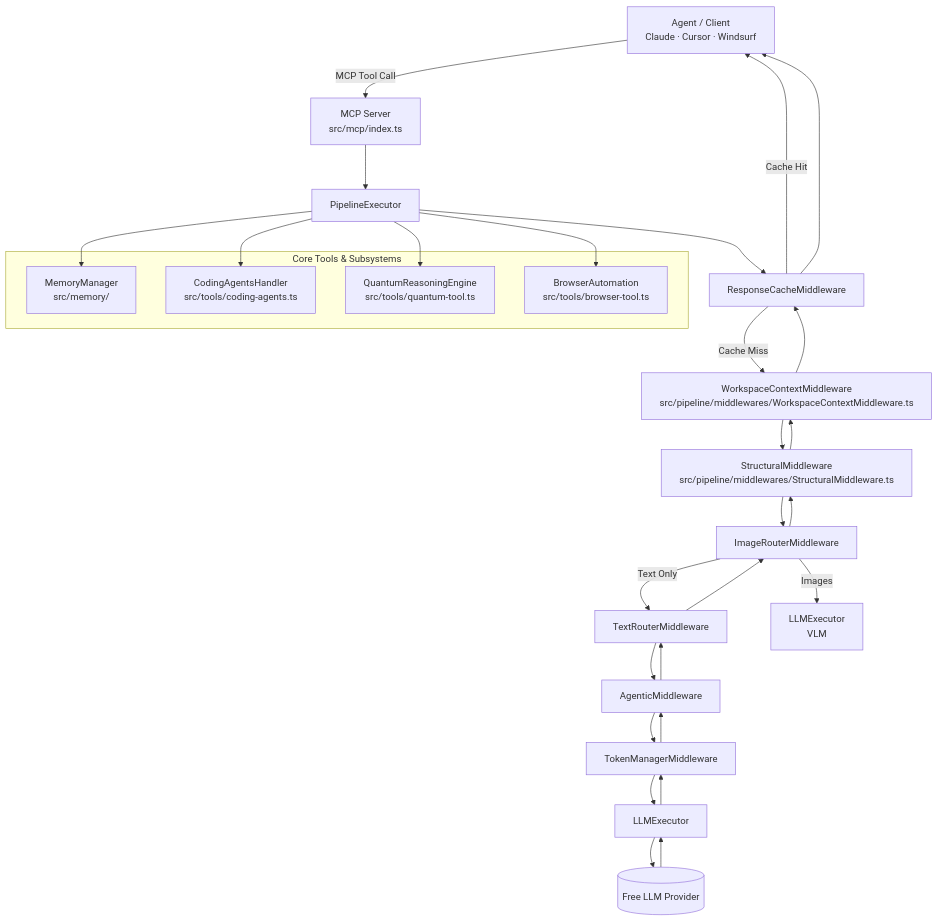
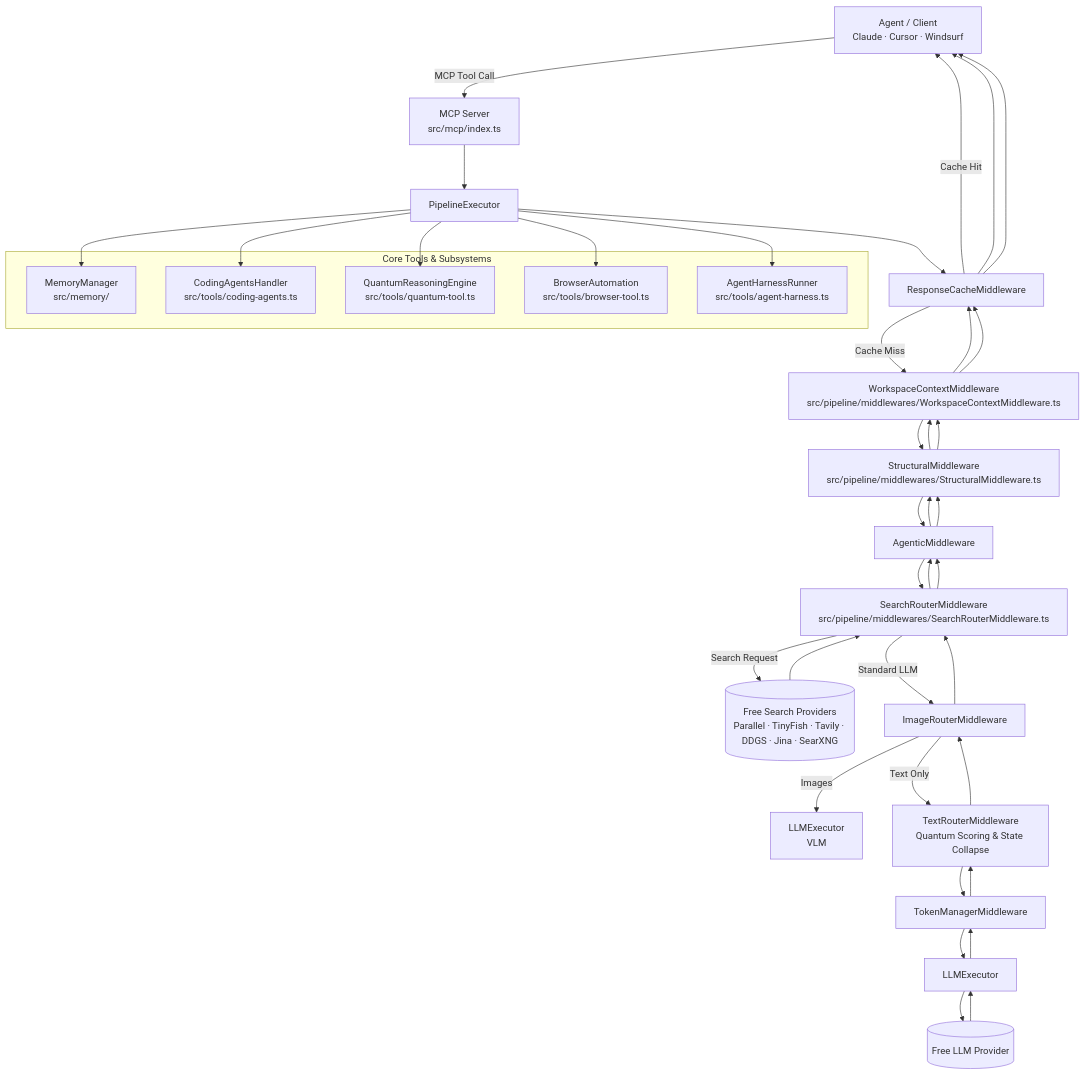
One commit to djmahe4/awesome-free-llm-apis changed the diagram in mcp-server/README.md. Above: the diagram before and after it, drawn with Mermaid. The commit also changed other lines of this file and 7 other files, not shown here.

Commit message:
docs(architecture,precommit): update pipeline diagrams, sync references, and enforce doc checks in precommit

````diff
--- a/mcp-server/README.md
+++ b/mcp-server/README.md
@@ -9,31 +9,36 @@
 ```mermaid
 graph TD
     A[Agent / Client<br/>Claude · Cursor · Windsurf] -->|MCP Tool Call| B[MCP Server<br/>src/mcp/index.ts]
     B --> C[PipelineExecutor]
     
     subgraph "Core Tools & Subsystems"
         J[MemoryManager<br/>src/memory/]
         K[CodingAgentsHandler<br/>src/tools/coding-agents.ts]
         Q[QuantumReasoningEngine<br/>src/tools/quantum-tool.ts]
         BR[BrowserAutomation<br/>src/tools/browser-tool.ts]
+        AH[AgentHarnessRunner<br/>src/tools/agent-harness.ts]
     end
 
     C --> D[ResponseCacheMiddleware]
     D -->|Cache Miss| E[WorkspaceContextMiddleware<br/>src/pipeline/middlewares/WorkspaceContextMiddleware.ts]
     E --> F[StructuralMiddleware<br/>src/pipeline/middlewares/StructuralMiddleware.ts]
-    F --> G[ImageRouterMiddleware]
-    G -->|Text Only| H[TextRouterMiddleware]
-    G -->|Images| I[LLMExecutor<br/>VLM]
-    H --> J1[AgenticMiddleware]
+    F --> G[AgenticMiddleware]
+    G --> H[SearchRouterMiddleware<br/>src/pipeline/middlewares/SearchRouterMiddleware.ts]
+    H -->|Search Request| S1[(Free Search Providers<br/>Parallel · TinyFish · Tavily · DDGS · Jina · SearXNG)]
+    H -->|Standard LLM| I[ImageRouterMiddleware]
+    I -->|Images| VLM[LLMExecutor<br/>VLM]
+    I -->|Text Only| J1[TextRouterMiddleware<br/>Quantum Scoring & State Collapse]
     J1 --> K1[TokenManagerMiddleware]
     K1 --> L1[LLMExecutor]
     L1 --> M1[(Free LLM Provider)]
 
     C --> J
     C --> K
     C --> Q
     C --> BR
+    C --> AH
     
     D -->|Cache Hit| A
-    M1 --> L1 --> K1 --> J1 --> H --> G --> F --> E --> D --> A
+    S1 --> H --> G --> F --> E --> D --> A
+    M1 --> L1 --> K1 --> J1 --> I --> H --> G --> F --> E --> D --> A
 ```
````
